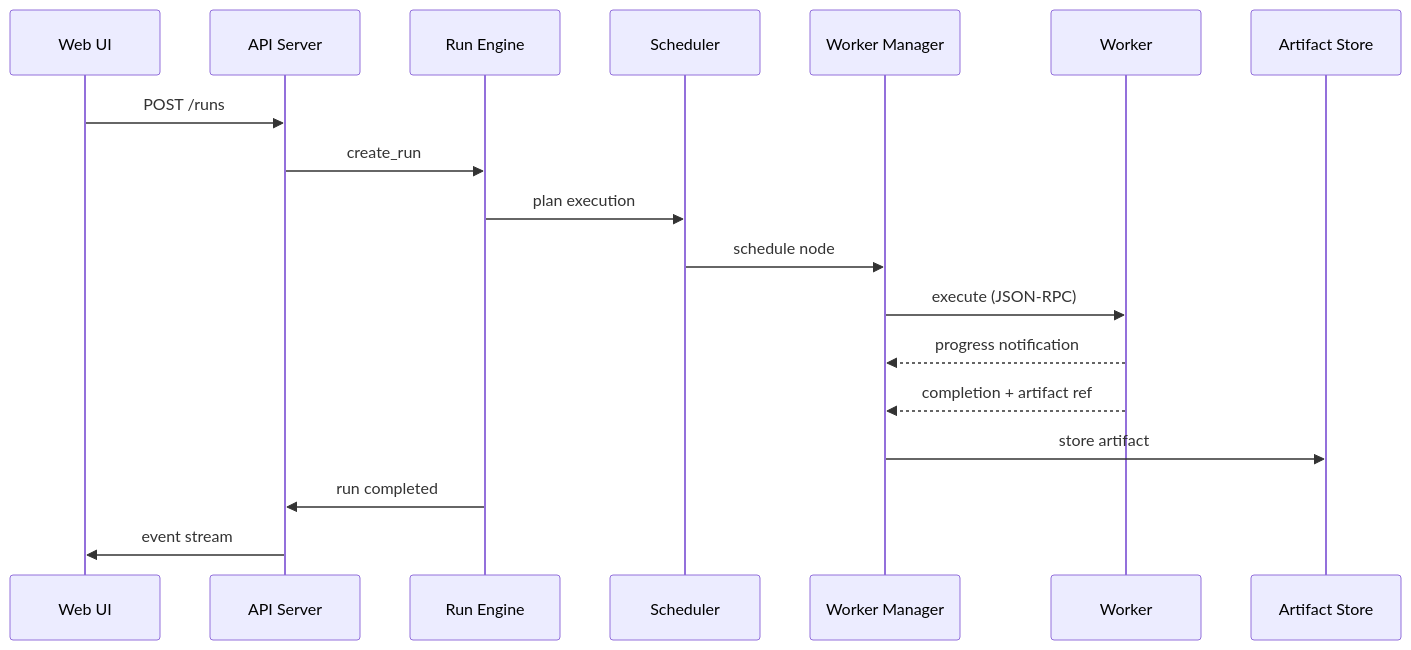
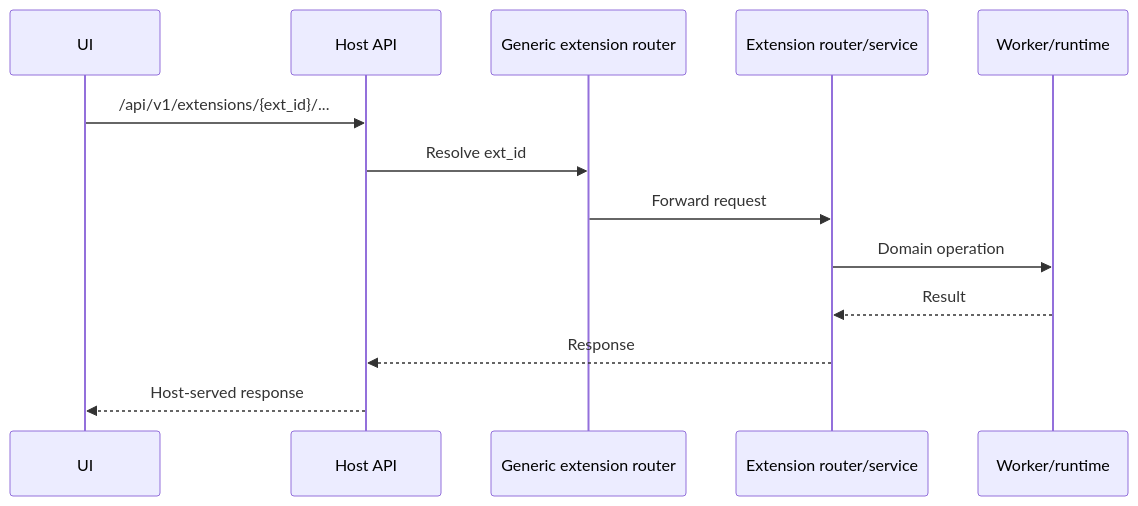
One commit to ldilov/nexus-dnn changed the fourth of 4 diagrams in docs/architecture.md. Above: the diagram before and after it, drawn with Mermaid. The commit also changed other lines of this file and 102 other files, not shown here.

````diff
--- a/docs/architecture.md
+++ b/docs/architecture.md
@@ -80,20 +111,16 @@
 ```mermaid
 sequenceDiagram
-    participant UI as Web UI
-    participant API as API Server
-    participant RE as Run Engine
-    participant SC as Scheduler
-    participant WM as Worker Manager
-    participant W as Worker
-    participant AS as Artifact Store
-    UI->>API: POST /runs
-    API->>RE: create_run
-    RE->>SC: plan execution
-    SC->>WM: schedule node
-    WM->>W: execute (JSON-RPC)
-    W-->>WM: progress notification
-    W-->>WM: completion + artifact ref
-    WM->>AS: store artifact
-    RE->>API: run completed
-    API->>UI: event stream
+    participant UI as UI
+    participant API as Host API
+    participant Router as Generic extension router
+    participant Ext as Extension router/service
+    participant Worker as Worker/runtime
+
+    UI->>API: /api/v1/extensions/{ext_id}/...
+    API->>Router: Resolve ext_id
+    Router->>Ext: Forward request
+    Ext->>Worker: Domain operation
+    Worker-->>Ext: Result
+    Ext-->>API: Response
+    API-->>UI: Host-served response
 ```
````
